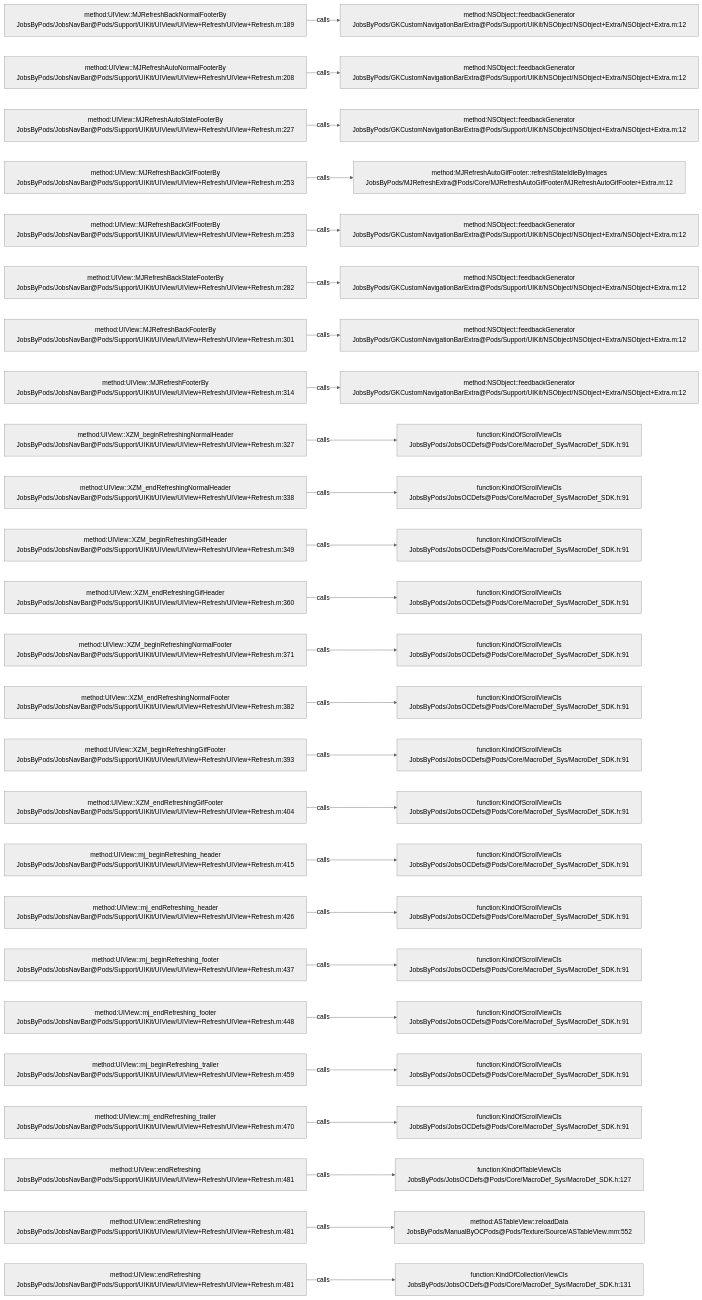
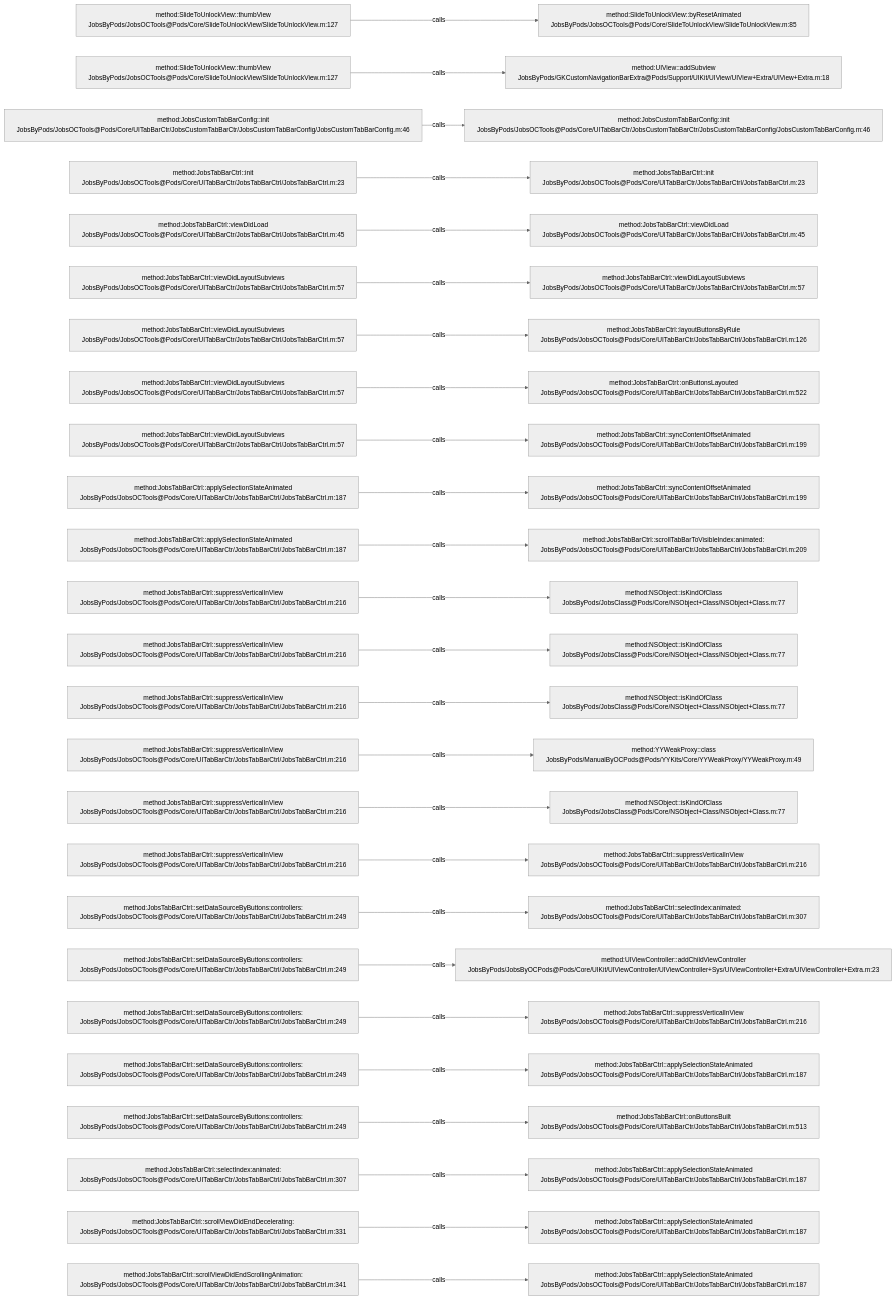
Before and after one commit to JobsKits/JobsOCBaseConfigDemo: the diagram in .codegraph/codegraph.md/graphs/calls-159.md, drawn with Mermaid (neutral theme). The commit also changed 1026 other files, not shown here.

````diff
--- a/.codegraph/codegraph.md/graphs/calls-159.md
+++ b/.codegraph/codegraph.md/graphs/calls-159.md
@@ -13,78 +13,78 @@
 ```mermaid
 flowchart LR
-  S1["method:UIView::MJRefreshBackNormalFooterBy<br/>JobsByPods/JobsNavBar@Pods/Support/UIKit/UIView/UIView+Refresh/UIView+Refresh.m:189"]
-  T1["method:NSObject::feedbackGenerator<br/>JobsByPods/GKCustomNavigationBarExtra@Pods/Support/UIKit/NSObject/NSObject+Extra/NSObject+Extra.m:12"]
+  S1["method:SlideToUnlockView::thumbView<br/>JobsByPods/JobsOCTools@Pods/Core/SlideToUnlockView/SlideToUnlockView.m:127"]
+  T1["method:SlideToUnlockView::byResetAnimated<br/>JobsByPods/JobsOCTools@Pods/Core/SlideToUnlockView/SlideToUnlockView.m:85"]
   S1 -->|calls| T1
-  S2["method:UIView::MJRefreshAutoNormalFooterBy<br/>JobsByPods/JobsNavBar@Pods/Support/UIKit/UIView/UIView+Refresh/UIView+Refresh.m:208"]
-  T2["method:NSObject::feedbackGenerator<br/>JobsByPods/GKCustomNavigationBarExtra@Pods/Support/UIKit/NSObject/NSObject+Extra/NSObject+Extra.m:12"]
+  S2["method:SlideToUnlockView::thumbView<br/>JobsByPods/JobsOCTools@Pods/Core/SlideToUnlockView/SlideToUnlockView.m:127"]
+  T2["method:UIView::addSubview<br/>JobsByPods/GKCustomNavigationBarExtra@Pods/Support/UIKit/UIView/UIView+Extra/UIView+Extra.m:18"]
   S2 -->|calls| T2
-  S3["method:UIView::MJRefreshAutoStateFooterBy<br/>JobsByPods/JobsNavBar@Pods/Support/UIKit/UIView/UIView+Refresh/UIView+Refresh.m:227"]
-  T3["method:NSObject::feedbackGenerator<br/>JobsByPods/GKCustomNavigationBarExtra@Pods/Support/UIKit/NSObject/NSObject+Extra/NSObject+Extra.m:12"]
+  S3["method:JobsCustomTabBarConfig::init<br/>JobsByPods/JobsOCTools@Pods/Core/UITabBarCtr/JobsCustomTabBarCtr/JobsCustomTabBarConfig/JobsCustomTabBarConfig.m:46"]
+  T3["method:JobsCustomTabBarConfig::init<br/>JobsByPods/JobsOCTools@Pods/Core/UITabBarCtr/JobsCustomTabBarCtr/JobsCustomTabBarConfig/JobsCustomTabBarConfig.m:46"]
   S3 -->|calls| T3
-  S4["method:UIView::MJRefreshBackGifFooterBy<br/>JobsByPods/JobsNavBar@Pods/Support/UIKit/UIView/UIView+Refresh/UIView+Refresh.m:253"]
-  T4["method:MJRefreshAutoGifFooter::refreshStateIdleByImages<br/>JobsByPods/MJRefreshExtra@Pods/Core/MJRefreshAutoGifFooter/MJRefreshAutoGifFooter+Extra.m:12"]
+  S4["method:JobsTabBarCtrl::init<br/>JobsByPods/JobsOCTools@Pods/Core/UITabBarCtr/JobsTabBarCtrl/JobsTabBarCtrl.m:23"]
+  T4["method:JobsTabBarCtrl::init<br/>JobsByPods/JobsOCTools@Pods/Core/UITabBarCtr/JobsTabBarCtrl/JobsTabBarCtrl.m:23"]
   S4 -->|calls| T4
-  S5["method:UIView::MJRefreshBackGifFooterBy<br/>JobsByPods/JobsNavBar@Pods/Support/UIKit/UIView/UIView+Refresh/UIView+Refresh.m:253"]
-  T5["method:NSObject::feedbackGenerator<br/>JobsByPods/GKCustomNavigationBarExtra@Pods/Support/UIKit/NSObject/NSObject+Extra/NSObject+Extra.m:12"]
+  S5["method:JobsTabBarCtrl::viewDidLoad<br/>JobsByPods/JobsOCTools@Pods/Core/UITabBarCtr/JobsTabBarCtrl/JobsTabBarCtrl.m:45"]
+  T5["method:JobsTabBarCtrl::viewDidLoad<br/>JobsByPods/JobsOCTools@Pods/Core/UITabBarCtr/JobsTabBarCtrl/JobsTabBarCtrl.m:45"]
   S5 -->|calls| T5
-  S6["method:UIView::MJRefreshBackStateFooterBy<br/>JobsByPods/JobsNavBar@Pods/Support/UIKit/UIView/UIView+Refresh/UIView+Refresh.m:282"]
-  T6["method:NSObject::feedbackGenerator<br/>JobsByPods/GKCustomNavigationBarExtra@Pods/Support/UIKit/NSObject/NSObject+Extra/NSObject+Extra.m:12"]
+  S6["method:JobsTabBarCtrl::viewDidLayoutSubviews<br/>JobsByPods/JobsOCTools@Pods/Core/UITabBarCtr/JobsTabBarCtrl/JobsTabBarCtrl.m:57"]
+  T6["method:JobsTabBarCtrl::viewDidLayoutSubviews<br/>JobsByPods/JobsOCTools@Pods/Core/UITabBarCtr/JobsTabBarCtrl/JobsTabBarCtrl.m:57"]
   S6 -->|calls| T6
-  S7["method:UIView::MJRefreshBackFooterBy<br/>JobsByPods/JobsNavBar@Pods/Support/UIKit/UIView/UIView+Refresh/UIView+Refresh.m:301"]
-  T7["method:NSObject::feedbackGenerator<br/>JobsByPods/GKCustomNavigationBarExtra@Pods/Support/UIKit/NSObject/NSObject+Extra/NSObject+Extra.m:12"]
+  S7["method:JobsTabBarCtrl::viewDidLayoutSubviews<br/>JobsByPods/JobsOCTools@Pods/Core/UITabBarCtr/JobsTabBarCtrl/JobsTabBarCtrl.m:57"]
+  T7["method:JobsTabBarCtrl::layoutButtonsByRule<br/>JobsByPods/JobsOCTools@Pods/Core/UITabBarCtr/JobsTabBarCtrl/JobsTabBarCtrl.m:126"]
   S7 -->|calls| T7
-  S8["method:UIView::MJRefreshFooterBy<br/>JobsByPods/JobsNavBar@Pods/Support/UIKit/UIView/UIView+Refresh/UIView+Refresh.m:314"]
-  T8["method:NSObject::feedbackGenerator<br/>JobsByPods/GKCustomNavigationBarExtra@Pods/Support/UIKit/NSObject/NSObject+Extra/NSObject+Extra.m:12"]
+  S8["method:JobsTabBarCtrl::viewDidLayoutSubviews<br/>JobsByPods/JobsOCTools@Pods/Core/UITabBarCtr/JobsTabBarCtrl/JobsTabBarCtrl.m:57"]
+  T8["method:JobsTabBarCtrl::onButtonsLayouted<br/>JobsByPods/JobsOCTools@Pods/Core/UITabBarCtr/JobsTabBarCtrl/JobsTabBarCtrl.m:522"]
   S8 -->|calls| T8
-  S9["method:UIView::XZM_beginRefreshingNormalHeader<br/>JobsByPods/JobsNavBar@Pods/Support/UIKit/UIView/UIView+Refresh/UIView+Refresh.m:327"]
-  T9["function:KindOfScrollViewCls<br/>JobsByPods/JobsOCDefs@Pods/Core/MacroDef_Sys/MacroDef_SDK.h:91"]
+  S9["method:JobsTabBarCtrl::viewDidLayoutSubviews<br/>JobsByPods/JobsOCTools@Pods/Core/UITabBarCtr/JobsTabBarCtrl/JobsTabBarCtrl.m:57"]
+  T9["method:JobsTabBarCtrl::syncContentOffsetAnimated<br/>JobsByPods/JobsOCTools@Pods/Core/UITabBarCtr/JobsTabBarCtrl/JobsTabBarCtrl.m:199"]
   S9 -->|calls| T9
-  S10["method:UIView::XZM_endRefreshingNormalHeader<br/>JobsByPods/JobsNavBar@Pods/Support/UIKit/UIView/UIView+Refresh/UIView+Refresh.m:338"]
-  T10["function:KindOfScrollViewCls<br/>JobsByPods/JobsOCDefs@Pods/Core/MacroDef_Sys/MacroDef_SDK.h:91"]
+  S10["method:JobsTabBarCtrl::applySelectionStateAnimated<br/>JobsByPods/JobsOCTools@Pods/Core/UITabBarCtr/JobsTabBarCtrl/JobsTabBarCtrl.m:187"]
+  T10["method:JobsTabBarCtrl::syncContentOffsetAnimated<br/>JobsByPods/JobsOCTools@Pods/Core/UITabBarCtr/JobsTabBarCtrl/JobsTabBarCtrl.m:199"]
   S10 -->|calls| T10
-  S11["method:UIView::XZM_beginRefreshingGifHeader<br/>JobsByPods/JobsNavBar@Pods/Support/UIKit/UIView/UIView+Refresh/UIView+Refresh.m:349"]
-  T11["function:KindOfScrollViewCls<br/>JobsByPods/JobsOCDefs@Pods/Core/MacroDef_Sys/MacroDef_SDK.h:91"]
+  S11["method:JobsTabBarCtrl::applySelectionStateAnimated<br/>JobsByPods/JobsOCTools@Pods/Core/UITabBarCtr/JobsTabBarCtrl/JobsTabBarCtrl.m:187"]
+  T11["method:JobsTabBarCtrl::scrollTabBarToVisibleIndex:animated:<br/>JobsByPods/JobsOCTools@Pods/Core/UITabBarCtr/JobsTabBarCtrl/JobsTabBarCtrl.m:209"]
   S11 -->|calls| T11
-  S12["method:UIView::XZM_endRefreshingGifHeader<br/>JobsByPods/JobsNavBar@Pods/Support/UIKit/UIView/UIView+Refresh/UIView+Refresh.m:360"]
-  T12["function:KindOfScrollViewCls<br/>JobsByPods/JobsOCDefs@Pods/Core/MacroDef_Sys/MacroDef_SDK.h:91"]
+  S12["method:JobsTabBarCtrl::suppressVerticalInView<br/>JobsByPods/JobsOCTools@Pods/Core/UITabBarCtr/JobsTabBarCtrl/JobsTabBarCtrl.m:216"]
+  T12["method:NSObject::isKindOfClass<br/>JobsByPods/JobsClass@Pods/Core/NSObject+Class/NSObject+Class.m:77"]
   S12 -->|calls| T12
-  S13["method:UIView::XZM_beginRefreshingNormalFooter<br/>JobsByPods/JobsNavBar@Pods/Support/UIKit/UIView/UIView+Refresh/UIView+Refresh.m:371"]
-  T13["function:KindOfScrollViewCls<br/>JobsByPods/JobsOCDefs@Pods/Core/MacroDef_Sys/MacroDef_SDK.h:91"]
+  S13["method:JobsTabBarCtrl::suppressVerticalInView<br/>JobsByPods/JobsOCTools@Pods/Core/UITabBarCtr/JobsTabBarCtrl/JobsTabBarCtrl.m:216"]
+  T13["method:NSObject::isKindOfClass<br/>JobsByPods/JobsClass@Pods/Core/NSObject+Class/NSObject+Class.m:77"]
   S13 -->|calls| T13
-  S14["method:UIView::XZM_endRefreshingNormalFooter<br/>JobsByPods/JobsNavBar@Pods/Support/UIKit/UIView/UIView+Refresh/UIView+Refresh.m:382"]
-  T14["function:KindOfScrollViewCls<br/>JobsByPods/JobsOCDefs@Pods/Core/MacroDef_Sys/MacroDef_SDK.h:91"]
+  S14["method:JobsTabBarCtrl::suppressVerticalInView<br/>JobsByPods/JobsOCTools@Pods/Core/UITabBarCtr/JobsTabBarCtrl/JobsTabBarCtrl.m:216"]
+  T14["method:NSObject::isKindOfClass<br/>JobsByPods/JobsClass@Pods/Core/NSObject+Class/NSObject+Class.m:77"]
   S14 -->|calls| T14
-  S15["method:UIView::XZM_beginRefreshingGifFooter<br/>JobsByPods/JobsNavBar@Pods/Support/UIKit/UIView/UIView+Refresh/UIView+Refresh.m:393"]
-  T15["function:KindOfScrollViewCls<br/>JobsByPods/JobsOCDefs@Pods/Core/MacroDef_Sys/MacroDef_SDK.h:91"]
+  S15["method:JobsTabBarCtrl::suppressVerticalInView<br/>JobsByPods/JobsOCTools@Pods/Core/UITabBarCtr/JobsTabBarCtrl/JobsTabBarCtrl.m:216"]
+  T15["method:YYWeakProxy::class<br/>JobsByPods/ManualByOCPods@Pods/YYKits/Core/YYWeakProxy/YYWeakProxy.m:49"]
   S15 -->|calls| T15
-  S16["method:UIView::XZM_endRefreshingGifFooter<br/>JobsByPods/JobsNavBar@Pods/Support/UIKit/UIView/UIView+Refresh/UIView+Refresh.m:404"]
-  T16["function:KindOfScrollViewCls<br/>JobsByPods/JobsOCDefs@Pods/Core/MacroDef_Sys/MacroDef_SDK.h:91"]
+  S16["method:JobsTabBarCtrl::suppressVerticalInView<br/>JobsByPods/JobsOCTools@Pods/Core/UITabBarCtr/JobsTabBarCtrl/JobsTabBarCtrl.m:216"]
+  T16["method:NSObject::isKindOfClass<br/>JobsByPods/JobsClass@Pods/Core/NSObject+Class/NSObject+Class.m:77"]
   S16 -->|calls| T16
-  S17["method:UIView::mj_beginRefreshing_header<br/>JobsByPods/JobsNavBar@Pods/Support/UIKit/UIView/UIView+Refresh/UIView+Refresh.m:415"]
-  T17["function:KindOfScrollViewCls<br/>JobsByPods/JobsOCDefs@Pods/Core/MacroDef_Sys/MacroDef_SDK.h:91"]
+  S17["method:JobsTabBarCtrl::suppressVerticalInView<br/>JobsByPods/JobsOCTools@Pods/Core/UITabBarCtr/JobsTabBarCtrl/JobsTabBarCtrl.m:216"]
+  T17["method:JobsTabBarCtrl::suppressVerticalInView<br/>JobsByPods/JobsOCTools@Pods/Core/UITabBarCtr/JobsTabBarCtrl/JobsTabBarCtrl.m:216"]
   S17 -->|calls| T17
-  S18["method:UIView::mj_endRefreshing_header<br/>JobsByPods/JobsNavBar@Pods/Support/UIKit/UIView/UIView+Refresh/UIView+Refresh.m:426"]
-  T18["function:KindOfScrollViewCls<br/>JobsByPods/JobsOCDefs@Pods/Core/MacroDef_Sys/MacroDef_SDK.h:91"]
+  S18["method:JobsTabBarCtrl::setDataSourceByButtons:controllers:<br/>JobsByPods/JobsOCTools@Pods/Core/UITabBarCtr/JobsTabBarCtrl/JobsTabBarCtrl.m:249"]
+  T18["method:JobsTabBarCtrl::selectIndex:animated:<br/>JobsByPods/JobsOCTools@Pods/Core/UITabBarCtr/JobsTabBarCtrl/JobsTabBarCtrl.m:307"]
   S18 -->|calls| T18
-  S19["method:UIView::mj_beginRefreshing_footer<br/>JobsByPods/JobsNavBar@Pods/Support/UIKit/UIView/UIView+Refresh/UIView+Refresh.m:437"]
-  T19["function:KindOfScrollViewCls<br/>JobsByPods/JobsOCDefs@Pods/Core/MacroDef_Sys/MacroDef_SDK.h:91"]
+  S19["method:JobsTabBarCtrl::setDataSourceByButtons:controllers:<br/>JobsByPods/JobsOCTools@Pods/Core/UITabBarCtr/JobsTabBarCtrl/JobsTabBarCtrl.m:249"]
+  T19["method:UIViewController::addChildViewController<br/>JobsByPods/JobsByOCPods@Pods/Core/UIKit/UIViewController/UIViewController+Sys/UIViewController+Extra/UIViewController+Extra.m:23"]
   S19 -->|calls| T19
-  S20["method:UIView::mj_endRefreshing_footer<br/>JobsByPods/JobsNavBar@Pods/Support/UIKit/UIView/UIView+Refresh/UIView+Refresh.m:448"]
-  T20["function:KindOfScrollViewCls<br/>JobsByPods/JobsOCDefs@Pods/Core/MacroDef_Sys/MacroDef_SDK.h:91"]
+  S20["method:JobsTabBarCtrl::setDataSourceByButtons:controllers:<br/>JobsByPods/JobsOCTools@Pods/Core/UITabBarCtr/JobsTabBarCtrl/JobsTabBarCtrl.m:249"]
+  T20["method:JobsTabBarCtrl::suppressVerticalInView<br/>JobsByPods/JobsOCTools@Pods/Core/UITabBarCtr/JobsTabBarCtrl/JobsTabBarCtrl.m:216"]
   S20 -->|calls| T20
-  S21["method:UIView::mj_beginRefreshing_trailer<br/>JobsByPods/JobsNavBar@Pods/Support/UIKit/UIView/UIView+Refresh/UIView+Refresh.m:459"]
-  T21["function:KindOfScrollViewCls<br/>JobsByPods/JobsOCDefs@Pods/Core/MacroDef_Sys/MacroDef_SDK.h:91"]
+  S21["method:JobsTabBarCtrl::setDataSourceByButtons:controllers:<br/>JobsByPods/JobsOCTools@Pods/Core/UITabBarCtr/JobsTabBarCtrl/JobsTabBarCtrl.m:249"]
+  T21["method:JobsTabBarCtrl::applySelectionStateAnimated<br/>JobsByPods/JobsOCTools@Pods/Core/UITabBarCtr/JobsTabBarCtrl/JobsTabBarCtrl.m:187"]
   S21 -->|calls| T21
-  S22["method:UIView::mj_endRefreshing_trailer<br/>JobsByPods/JobsNavBar@Pods/Support/UIKit/UIView/UIView+Refresh/UIView+Refresh.m:470"]
-  T22["function:KindOfScrollViewCls<br/>JobsByPods/JobsOCDefs@Pods/Core/MacroDef_Sys/MacroDef_SDK.h:91"]
+  S22["method:JobsTabBarCtrl::setDataSourceByButtons:controllers:<br/>JobsByPods/JobsOCTools@Pods/Core/UITabBarCtr/JobsTabBarCtrl/JobsTabBarCtrl.m:249"]
+  T22["method:JobsTabBarCtrl::onButtonsBuilt<br/>JobsByPods/JobsOCTools@Pods/Core/UITabBarCtr/JobsTabBarCtrl/JobsTabBarCtrl.m:513"]
   S22 -->|calls| T22
-  S23["method:UIView::endRefreshing<br/>JobsByPods/JobsNavBar@Pods/Support/UIKit/UIView/UIView+Refresh/UIView+Refresh.m:481"]
-  T23["function:KindOfTableViewCls<br/>JobsByPods/JobsOCDefs@Pods/Core/MacroDef_Sys/MacroDef_SDK.h:127"]
+  S23["method:JobsTabBarCtrl::selectIndex:animated:<br/>JobsByPods/JobsOCTools@Pods/Core/UITabBarCtr/JobsTabBarCtrl/JobsTabBarCtrl.m:307"]
+  T23["method:JobsTabBarCtrl::applySelectionStateAnimated<br/>JobsByPods/JobsOCTools@Pods/Core/UITabBarCtr/JobsTabBarCtrl/JobsTabBarCtrl.m:187"]
   S23 -->|calls| T23
-  S24["method:UIView::endRefreshing<br/>JobsByPods/JobsNavBar@Pods/Support/UIKit/UIView/UIView+Refresh/UIView+Refresh.m:481"]
-  T24["method:ASTableView::reloadData<br/>JobsByPods/ManualByOCPods@Pods/Texture/Source/ASTableView.mm:552"]
+  S24["method:JobsTabBarCtrl::scrollViewDidEndDecelerating:<br/>JobsByPods/JobsOCTools@Pods/Core/UITabBarCtr/JobsTabBarCtrl/JobsTabBarCtrl.m:331"]
+  T24["method:JobsTabBarCtrl::applySelectionStateAnimated<br/>JobsByPods/JobsOCTools@Pods/Core/UITabBarCtr/JobsTabBarCtrl/JobsTabBarCtrl.m:187"]
   S24 -->|calls| T24
-  S25["method:UIView::endRefreshing<br/>JobsByPods/JobsNavBar@Pods/Support/UIKit/UIView/UIView+Refresh/UIView+Refresh.m:481"]
-  T25["function:KindOfCollectionViewCls<br/>JobsByPods/JobsOCDefs@Pods/Core/MacroDef_Sys/MacroDef_SDK.h:131"]
+  S25["method:JobsTabBarCtrl::scrollViewDidEndScrollingAnimation:<br/>JobsByPods/JobsOCTools@Pods/Core/UITabBarCtr/JobsTabBarCtrl/JobsTabBarCtrl.m:341"]
+  T25["method:JobsTabBarCtrl::applySelectionStateAnimated<br/>JobsByPods/JobsOCTools@Pods/Core/UITabBarCtr/JobsTabBarCtrl/JobsTabBarCtrl.m:187"]
   S25 -->|calls| T25
 ```
````
